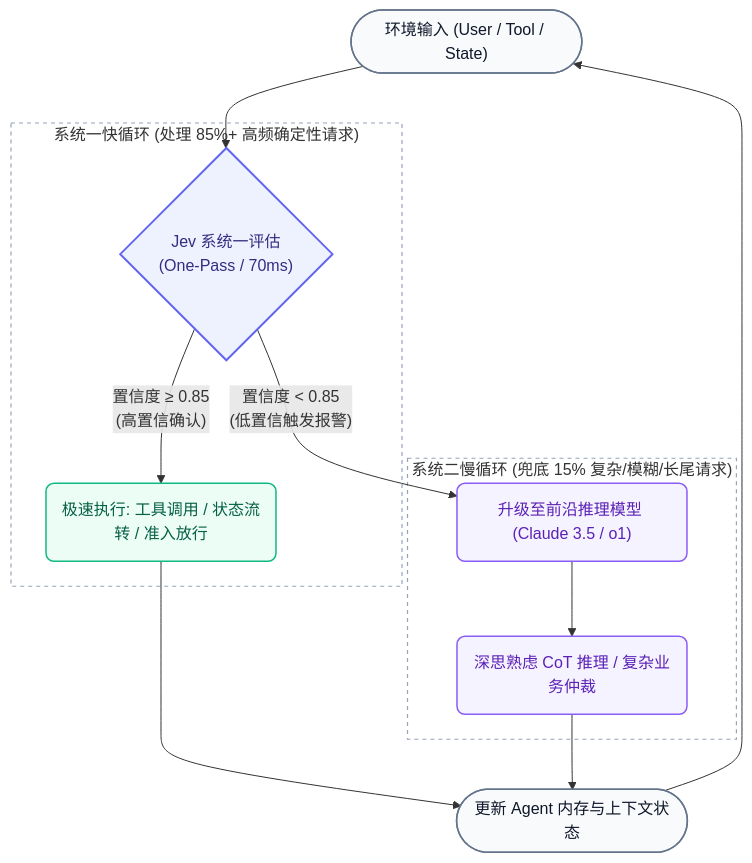
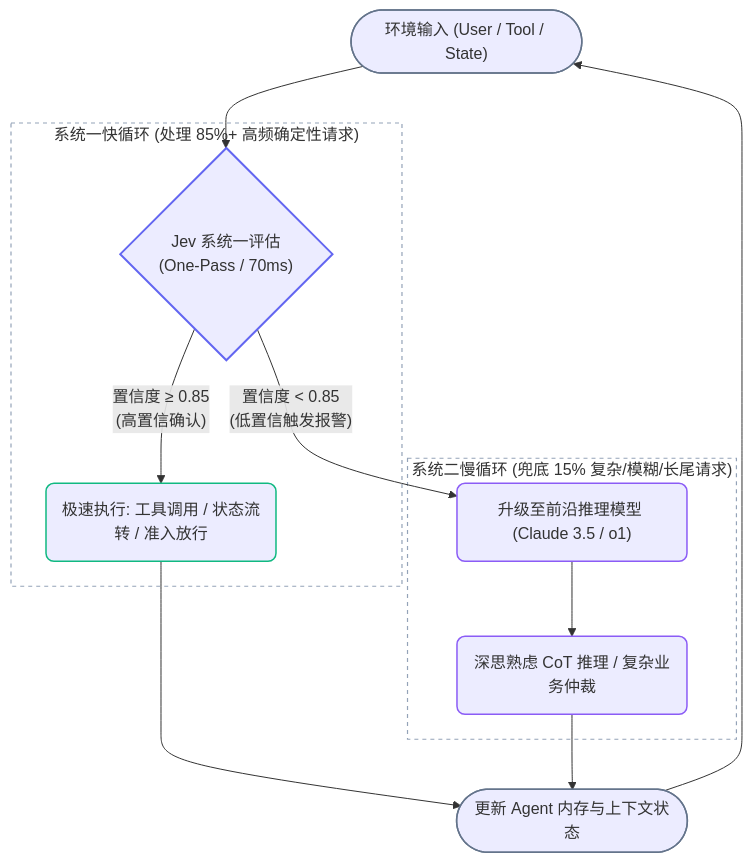
Before and after one commit to hobbytp/hobbytp.github.io: the second of 3 diagrams in content/zh/large_models/jev_typesafe_system_one.md, drawn with Mermaid. The commit also changed other lines of this file and 1 other file, not shown here.

Commit message:
feat: add Mermaid diagram support and custom styling in head partial along with new demo and article pages

````diff
--- a/content/zh/large_models/jev_typesafe_system_one.md
+++ b/content/zh/large_models/jev_typesafe_system_one.md
@@ -317,26 +317,26 @@
 ```mermaid
 flowchart TD
-    %% 节点样式定义：圆角、胶囊、状态流转
-    classDef startNode fill:#F8FAFC,stroke:#64748B,stroke-width:1.5px,rx:18,ry:18,color:#0F172A;
-    classDef routerNode fill:#EEF2FF,stroke:#6366F1,stroke-width:2px,color:#312E81;
-    classDef fastNode fill:#ECFDF5,stroke:#10B981,stroke-width:1.5px,rx:8,ry:8,color:#065F46;
-    classDef slowNode fill:#F5F3FF,stroke:#8B5CF6,stroke-width:1.5px,rx:8,ry:8,color:#5B21B6;
+    %% 节点样式：由 CSS 负责黑夜/白天自适应背景与高对比度文字
+    classDef startNode stroke:#64748B,stroke-width:1.5px,rx:18,ry:18;
+    classDef routerNode stroke:#6366F1,stroke-width:2px;
+    classDef fastNode stroke:#10B981,stroke-width:1.5px,rx:8,ry:8;
+    classDef slowNode stroke:#8B5CF6,stroke-width:1.5px,rx:8,ry:8;
     classDef subContainer fill:transparent,stroke:#94A3B8,stroke-width:1.2px,stroke-dasharray: 4 4;
 
     Env(["环境输入 (User / Tool / State)"]):::startNode --> JevRouter{"Jev 系统一评估<br/>(One-Pass / 70ms)"}:::routerNode
 
     subgraph 快路径["系统一快循环 (处理 85%+ 高频确定性请求)"]
         JevRouter -->|"置信度 ≥ 0.85<br/>(高置信确认)"| FastAction("极速执行: 工具调用 / 状态流转 / 准入放行"):::fastNode
     end
     class 快路径 subContainer;
 
     subgraph 慢路径["系统二慢循环 (兜底 15% 复杂/模糊/长尾请求)"]
         JevRouter -->|"置信度 < 0.85<br/>(低置信触发报警)"| Escalator("升级至前沿推理模型 (Claude 3.5 / o1)"):::slowNode
         Escalator --> SlowAction("深思熟虑 CoT 推理 / 复杂业务仲裁"):::slowNode
     end
     class 慢路径 subContainer;
 
     FastAction --> NextState(["更新 Agent 内存与上下文状态"]):::startNode
     SlowAction --> NextState
     NextState --> Env
 ```
````
